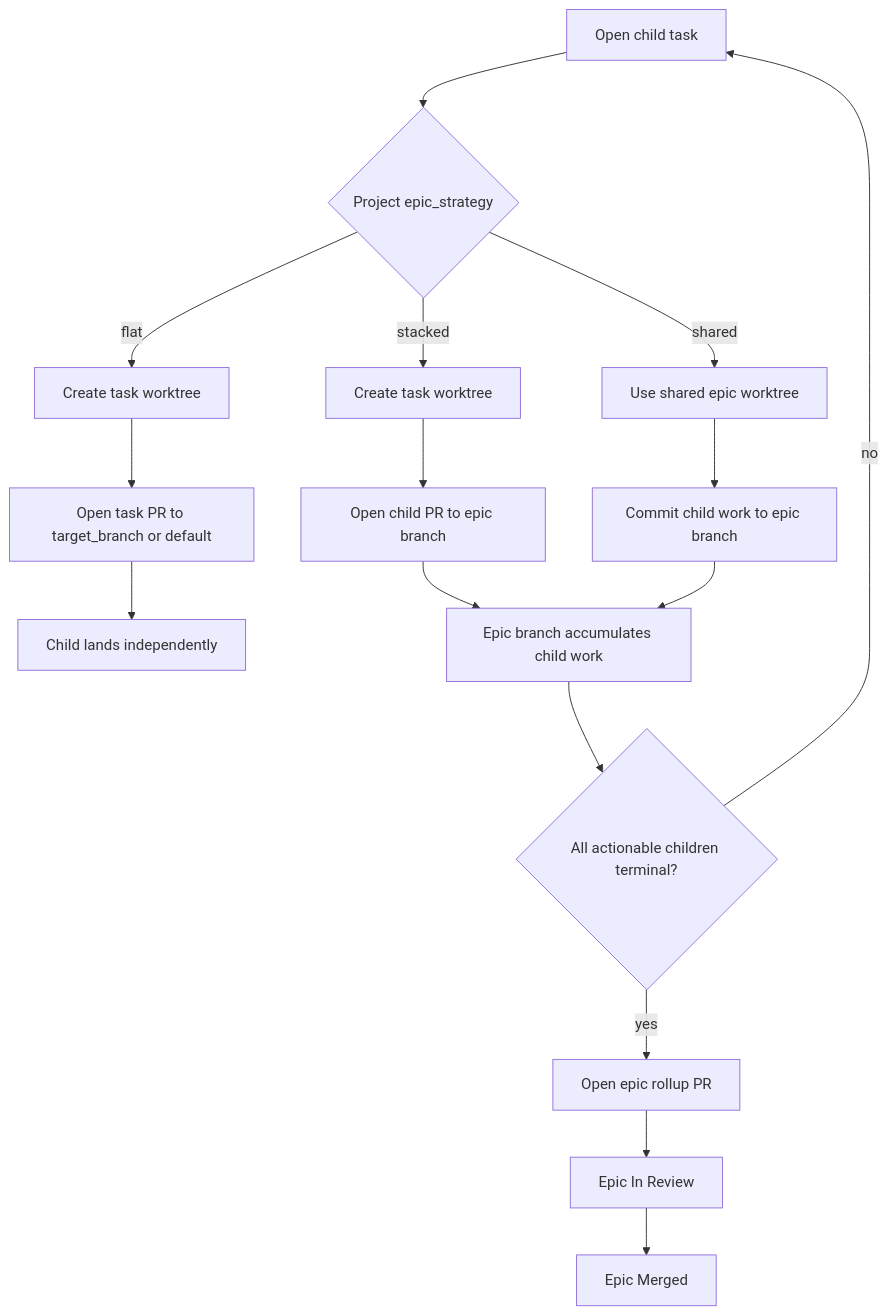
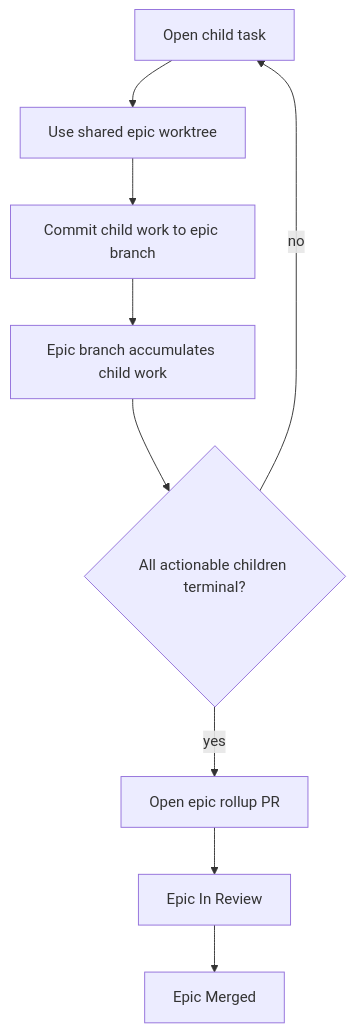
One commit to lesserevil/oompah changed the fourth of 5 diagrams in docs/task-epic-workflow.md. Above: the diagram before and after it, drawn with Mermaid. The commit also changed other lines of this file and 4 other files, not shown here.

First line of the commit message:
OOMPAH-170: Update epic workflow documentation for shared-only behavior

````diff
--- a/docs/task-epic-workflow.md
+++ b/docs/task-epic-workflow.md
@@ -158,22 +158,11 @@
 ```mermaid
 flowchart TD
-    ChildOpen[Open child task] --> Strategy{Project epic_strategy}
-
-    Strategy -- flat --> FlatWork[Create task worktree]
-    FlatWork --> FlatPR[Open task PR to target_branch or default]
-    FlatPR --> FlatMerge[Child lands independently]
-
-    Strategy -- stacked --> StackedWork[Create task worktree]
-    StackedWork --> ChildPR[Open child PR to epic branch]
-    ChildPR --> EpicBranch[Epic branch accumulates child work]
-
-    Strategy -- shared --> SharedWork[Use shared epic worktree]
+    ChildOpen[Open child task] --> SharedWork[Use shared epic worktree]
     SharedWork --> SharedBranch[Commit child work to epic branch]
-    SharedBranch --> EpicBranch
-
+    SharedBranch --> EpicBranch[Epic branch accumulates child work]
     EpicBranch --> ChildrenDone{All actionable children terminal?}
     ChildrenDone -- no --> ChildOpen
     ChildrenDone -- yes --> RollupPR[Open epic rollup PR]
     RollupPR --> EpicReview[Epic In Review]
     EpicReview --> EpicMerged[Epic Merged]
 ```
````
